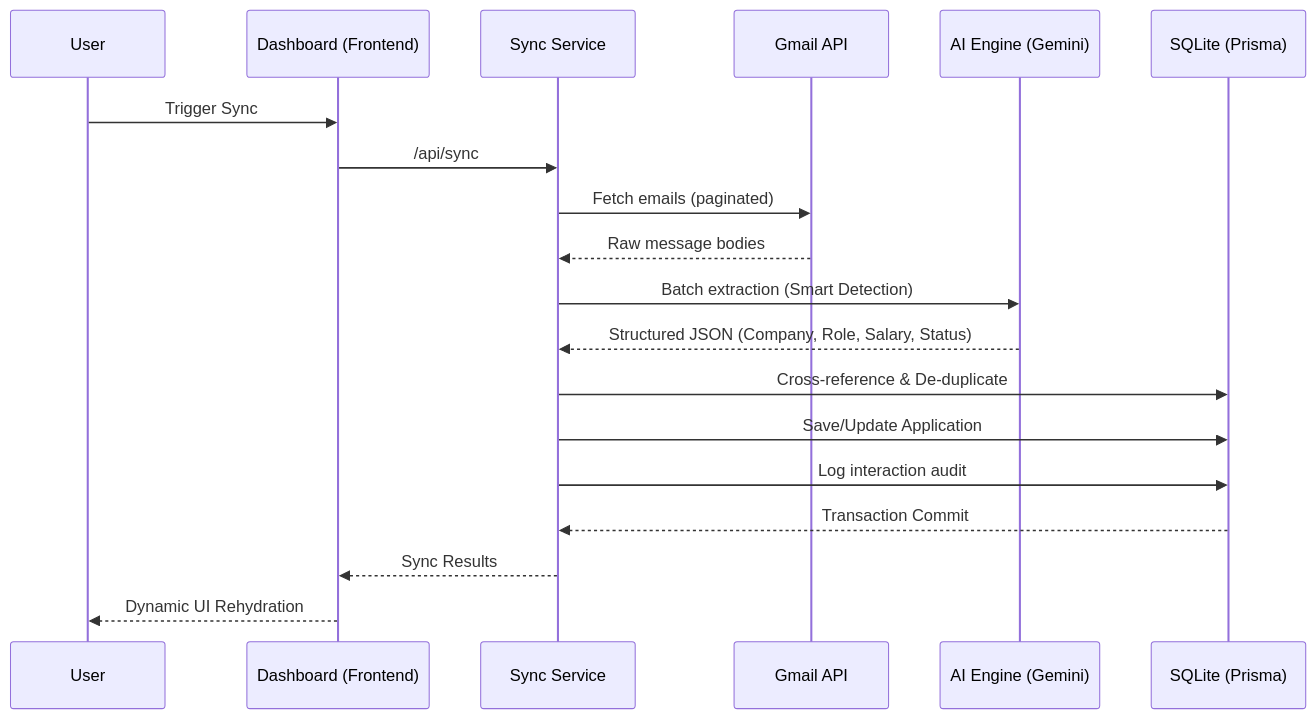
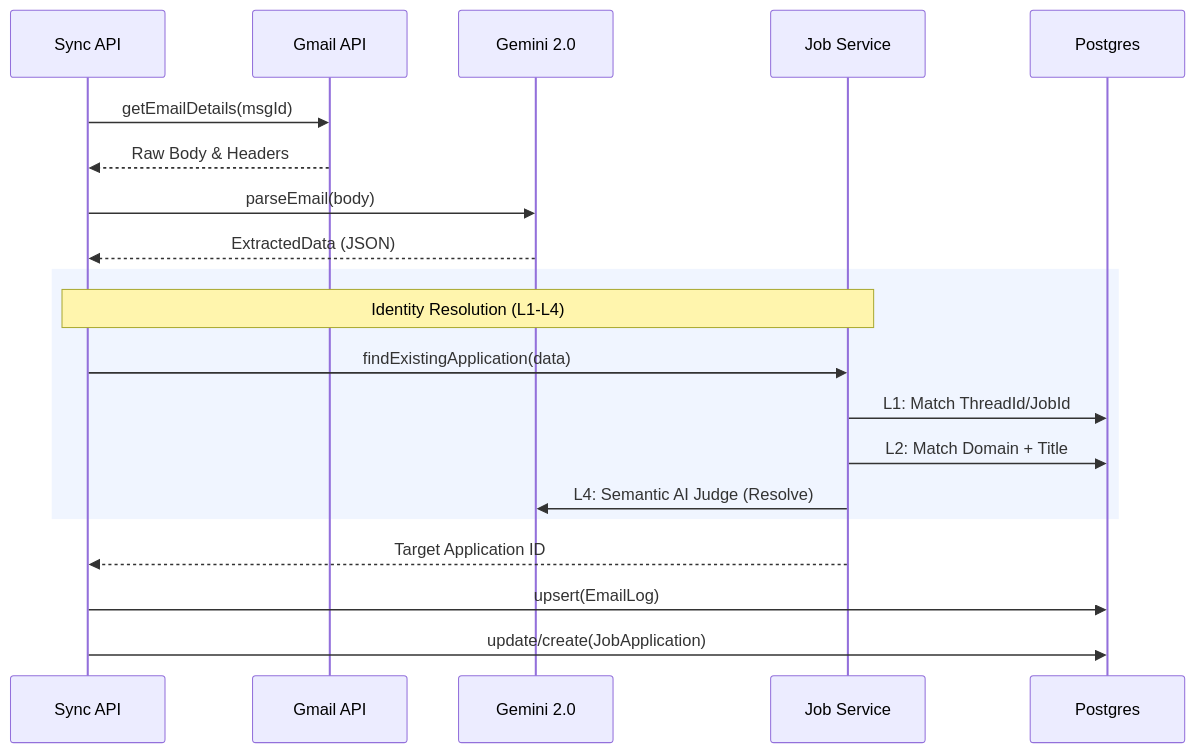
The third of 3 diagrams in ARCHITECTURE.md (laadtushar/job-hunt-dashboard), drawn with Mermaid before and after one commit. The commit also changed other lines of this file and 3 other files, not shown here.

Commit message:
docs: update architecture diagrams and add smart consolidation screenshot

````diff
--- a/ARCHITECTURE.md
+++ b/ARCHITECTURE.md
@@ -30,22 +47,25 @@
 ```mermaid
 sequenceDiagram
-    participant U as User
-    participant F as Dashboard (Frontend)
-    participant S as Sync Service
+    participant API as Sync API
     participant G as Gmail API
-    participant AI as AI Engine (Gemini)
-    participant DB as SQLite (Prisma)
+    participant AI as Gemini 2.0
+    participant JS as Job Service
+    participant DB as Postgres
 
-    U->>F: Trigger Sync
-    F->>S: /api/sync
-    S->>G: Fetch emails (paginated)
-    G-->>S: Raw message bodies
-    S->>AI: Batch extraction (Smart Detection)
-    AI-->>S: Structured JSON (Company, Role, Salary, Status)
-    S->>DB: Cross-reference & De-duplicate
-    S->>DB: Save/Update Application
-    S->>DB: Log interaction audit
-    DB-->>S: Transaction Commit
-    S-->>F: Sync Results
-    F-->>U: Dynamic UI Rehydration
+    API->>G: getEmailDetails(msgId)
+    G-->>API: Raw Body & Headers
+    API->>AI: parseEmail(body)
+    AI-->>API: ExtractedData (JSON)
+    
+    rect rgb(240, 245, 255)
+    Note over API, JS: Identity Resolution (L1-L4)
+    API->>JS: findExistingApplication(data)
+    JS->>DB: L1: Match ThreadId/JobId
+    JS->>DB: L2: Match Domain + Title
+    JS->>AI: L4: Semantic AI Judge (Resolve)
+    end
+    
+    JS-->>API: Target Application ID
+    API->>DB: upsert(EmailLog)
+    API->>DB: update/create(JobApplication)
 ```
````
